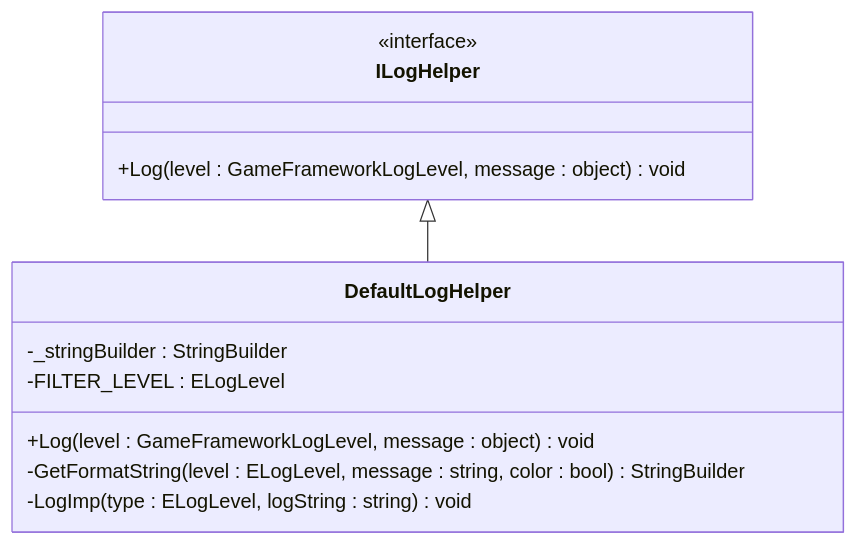
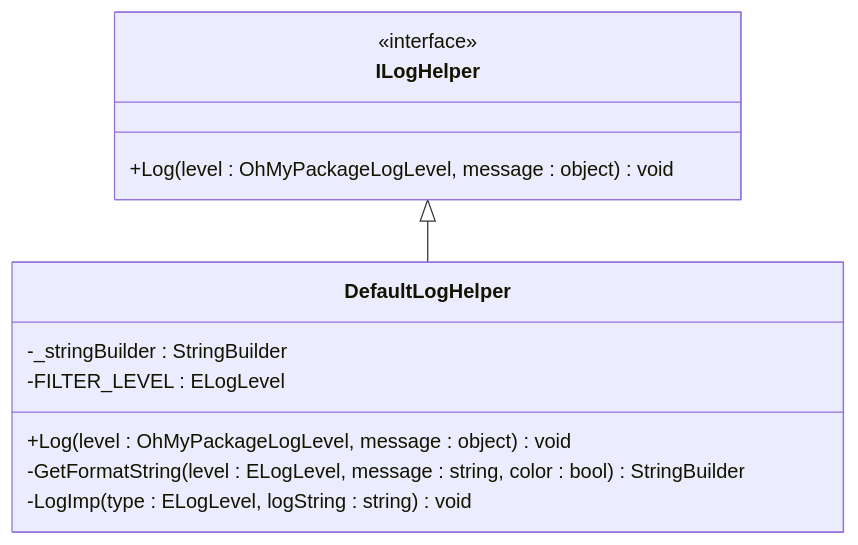
One commit to OxygenIsland/MyGame changed the fifth of 8 diagrams in repowiki/zh/content/性能优化/性能监控系统/日志系统架构.md. Above: the diagram before and after it, drawn with Mermaid. The commit also changed other lines of this file and 34 other files, not shown here.

````diff
--- a/repowiki/zh/content/性能优化/性能监控系统/日志系统架构.md
+++ b/repowiki/zh/content/性能优化/性能监控系统/日志系统架构.md
@@ -199,15 +199,15 @@
 ```mermaid
 classDiagram
 class ILogHelper {
 <<interface>>
-+Log(level : GameFrameworkLogLevel, message : object) void
++Log(level : OhMyPackageLogLevel, message : object) void
 }
 class DefaultLogHelper {
 -_stringBuilder : StringBuilder
 -FILTER_LEVEL : ELogLevel
-+Log(level : GameFrameworkLogLevel, message : object) void
++Log(level : OhMyPackageLogLevel, message : object) void
 -GetFormatString(level : ELogLevel, message : string, color : bool) StringBuilder
 -LogImp(type : ELogLevel, logString : string) void
 }
 ILogHelper <|-- DefaultLogHelper
 ```
````
